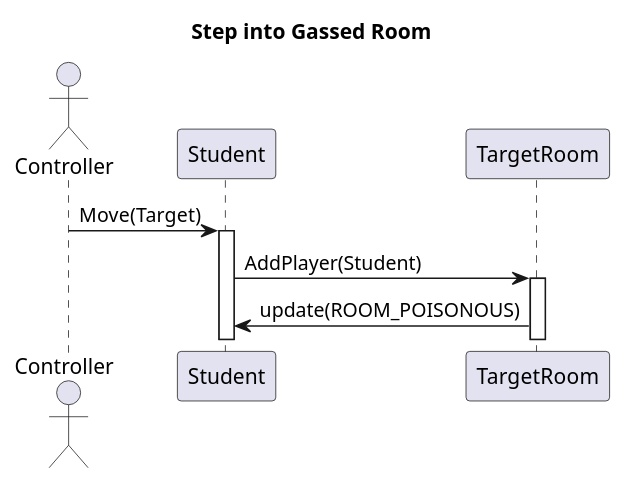
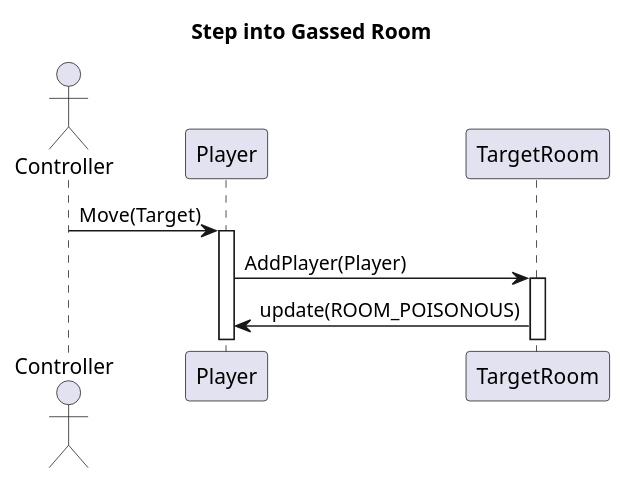
One commit to MBakter/echo changed the diagram in docs/player_steps_in_gas.plantuml. Above: the diagram before and after it, drawn with PlantUML. The commit also changed 1 other file, not shown here.

Commit message:
Fixed mistake in poisonous room

```diff
--- a/docs/player_steps_in_gas.plantuml
+++ b/docs/player_steps_in_gas.plantuml
@@ -2,14 +2,14 @@
 @startuml
 title Step into Gassed Room
 actor Controller
  
 
  
-    Controller -> Student : Move(Target)
-activate Student
-    Student -> TargetRoom : AddPlayer(Student)
+    Controller -> Player : Move(Target)
+activate Player
+    Player -> TargetRoom : AddPlayer(Player)
     activate TargetRoom
-    TargetRoom -> Student : update(ROOM_POISONOUS)
+    TargetRoom -> Player : update(ROOM_POISONOUS)
 
 
 @enduml
```
